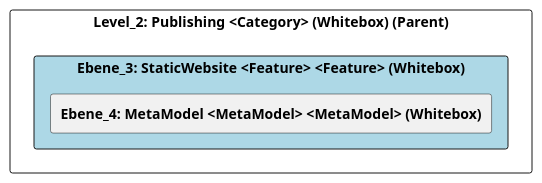
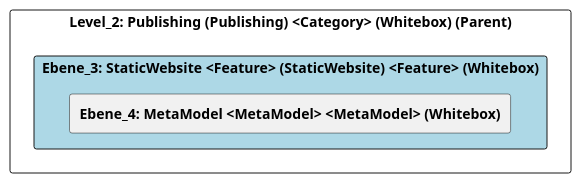
The diagram in doc/cleonproject_deliverables_architecture_model_architecture/adoc/de/05_bausteinsicht/cleon/publishing/staticwebsite/ebene_3_staticwebsite.adoc (marcozwyssig/cleon), drawn with PlantUML before and after one commit. The commit also changed other lines of this file and 166 other files, not shown here.

```diff
--- a/doc/cleonproject_deliverables_architecture_model_architecture/adoc/de/05_bausteinsicht/cleon/publishing/staticwebsite/ebene_3_staticwebsite.adoc
+++ b/doc/cleonproject_deliverables_architecture_model_architecture/adoc/de/05_bausteinsicht/cleon/publishing/staticwebsite/ebene_3_staticwebsite.adoc
@@ -20,26 +20,26 @@
-[plantuml, Ebene_3: StaticWebsite <Feature> <Feature> (Whitebox)BlockOverview, format="svg"]
+[plantuml, Ebene_3: StaticWebsite <Feature> (StaticWebsite) <Feature> (Whitebox)BlockOverview, format="svg"]
 ----
-@startuml Ebene_3: StaticWebsite <Feature> <Feature> (Whitebox)BuildingBlockOverview
+@startuml Ebene_3: StaticWebsite <Feature> (StaticWebsite) <Feature> (Whitebox)BuildingBlockOverview
 
 skinparam ranksep 10
 skinparam componentStyle rectangle
 skinparam shadowing false
 skinparam arrowColor lightblue
 skinparam arrowThickness 1.2
 skinparam rectangle {
   BackgroundColor White
   BorderColor #333
   RoundCorner 10
 }
 top to bottom direction
 
-component "Level_2: Publishing <Category> (Whitebox) (Parent)" {
-    component "Ebene_3: StaticWebsite <Feature> <Feature> (Whitebox)" #lightblue {
+component "Level_2: Publishing (Publishing) <Category> (Whitebox) (Parent)" {
+    component "Ebene_3: StaticWebsite <Feature> (StaticWebsite) <Feature> (Whitebox)" #lightblue {
         [**Ebene_4: MetaModel <MetaModel> <MetaModel> (Whitebox)**] as 4A570577_D579_11EE_903E_9F564E4DE07E
     }
 
     
 }
 
 @enduml
 ----
```
